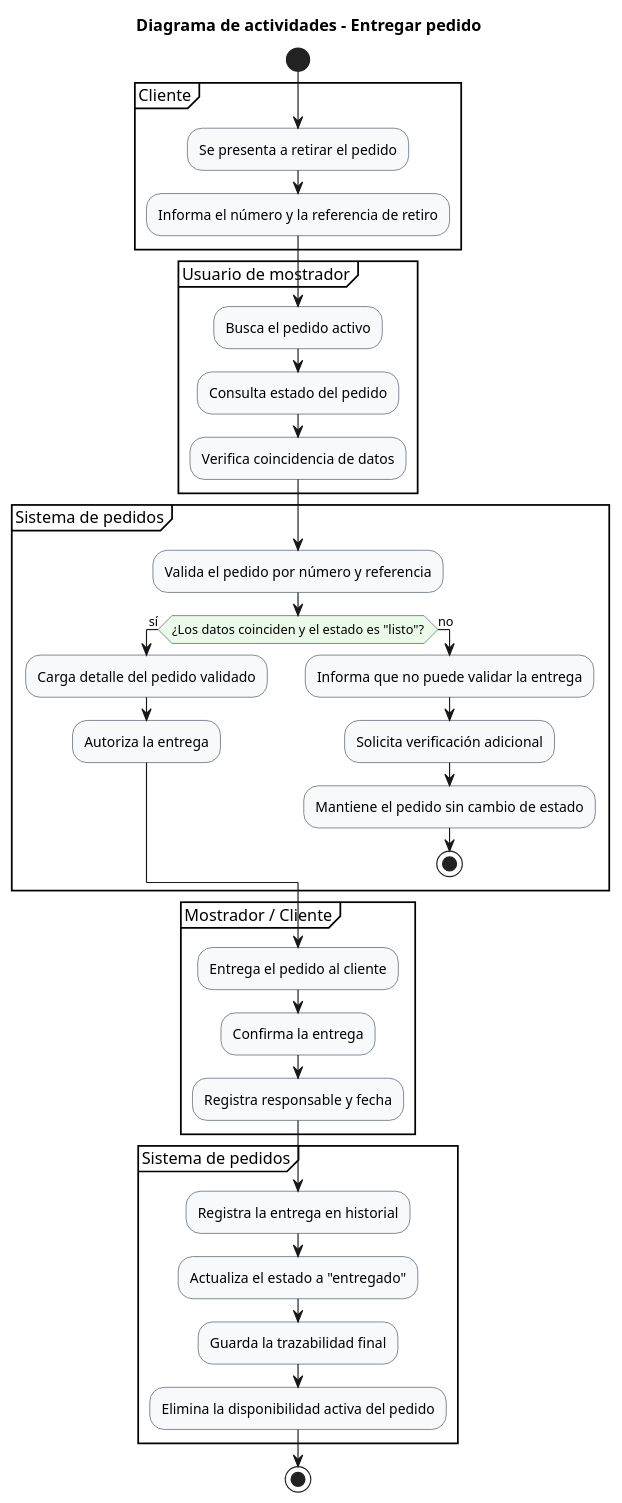
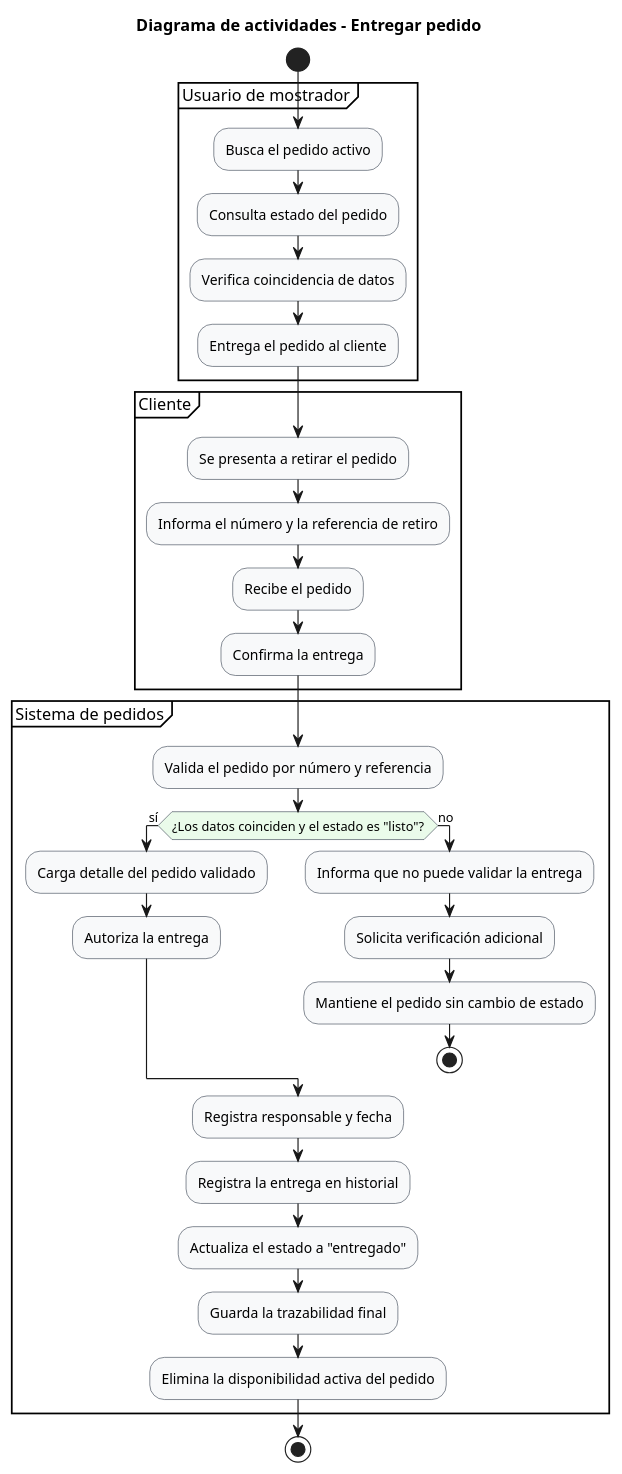
The diagram in diagramas/04-diagramas-actividades/04-actividad-entregar-pedido-05.puml (lucasmengarelli3/SistemaPedidos), drawn with PlantUML before and after one commit. The commit also changed 8 other files, not shown here.

```diff
--- a/diagramas/04-diagramas-actividades/04-actividad-entregar-pedido-05.puml
+++ b/diagramas/04-diagramas-actividades/04-actividad-entregar-pedido-05.puml
@@ -1,54 +1,49 @@
 @startuml
 !pragma useVerticalIf on
 skinparam shadowing false
 skinparam linetype ortho
 skinparam activity {
   BackgroundColor #F8F9FA
   BorderColor #2F3A4A
   DiamondBackgroundColor #EAFBEA
   DiamondBorderColor #2F3A4A
 }
 
 title Diagrama de actividades - Entregar pedido
 
 start
 
-partition "Cliente" {
-  :Se presenta a retirar el pedido;
-  :Informa el número y la referencia de retiro;
-}
-
 partition "Usuario de mostrador" {
   :Busca el pedido activo;
   :Consulta estado del pedido;
   :Verifica coincidencia de datos;
+  :Entrega el pedido al cliente;
+}
+
+partition "Cliente" {
+  :Se presenta a retirar el pedido;
+  :Informa el número y la referencia de retiro;
+  :Recibe el pedido;
+  :Confirma la entrega;
 }
 
 partition "Sistema de pedidos" {
   :Valida el pedido por número y referencia;
   if (¿Los datos coinciden y el estado es "listo"?) then (sí)
     :Carga detalle del pedido validado;
     :Autoriza la entrega;
   else (no)
     :Informa que no puede validar la entrega;
     :Solicita verificación adicional;
     :Mantiene el pedido sin cambio de estado;
     stop
   endif
-}
-
-partition "Mostrador / Cliente" {
-  :Entrega el pedido al cliente;
-  :Confirma la entrega;
   :Registra responsable y fecha;
-}
-
-partition "Sistema de pedidos" {
   :Registra la entrega en historial;
   :Actualiza el estado a "entregado";
   :Guarda la trazabilidad final;
   :Elimina la disponibilidad activa del pedido;
 }
 
 stop
 @enduml
```
